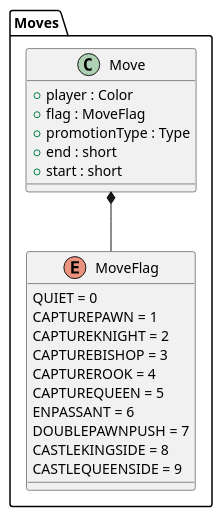
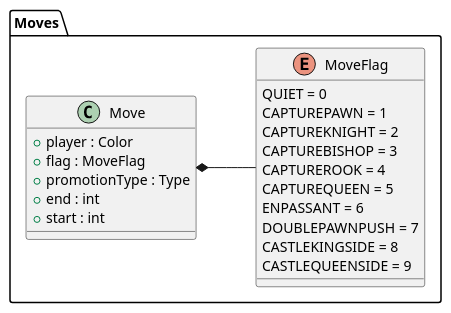
Before and after one commit to Exclusivefrog28/chessengine: the diagram in uml/move.puml, drawn with PlantUML. The commit also changed 5 other files, not shown here.

Commit message:
UML corrections

```diff
--- a/uml/move.puml
+++ b/uml/move.puml
@@ -1,52 +1,53 @@
 @startuml
 
 skinparam backgroundcolor transparent
 
 /' Objects '/
 
 namespace Moves {
+left to right direction
 	enum MoveFlag {
 		QUIET = 0
                 CAPTUREPAWN = 1
                 CAPTUREKNIGHT = 2
                 CAPTUREBISHOP = 3
                 CAPTUREROOK = 4
                 CAPTUREQUEEN = 5
                 ENPASSANT = 6
                 DOUBLEPAWNPUSH = 7
                 CASTLEKINGSIDE = 8
                 CASTLEQUEENSIDE = 9
 	}
 
 	class Move {
 		+player : Color
 		+flag : MoveFlag
 		+promotionType : Type
-		+end : short
-		+start : short
+		+end : int
+		+start : int
 	}
 }
 
 
 
 
 
 /' Inheritance relationships '/
 
 
 
 
 /' Aggregation relationships '/
 
 Moves.Move *-- Moves.MoveFlag
 
 
 
 
 
 
 /' Nested objects '/
 
 
 
 @enduml
```
